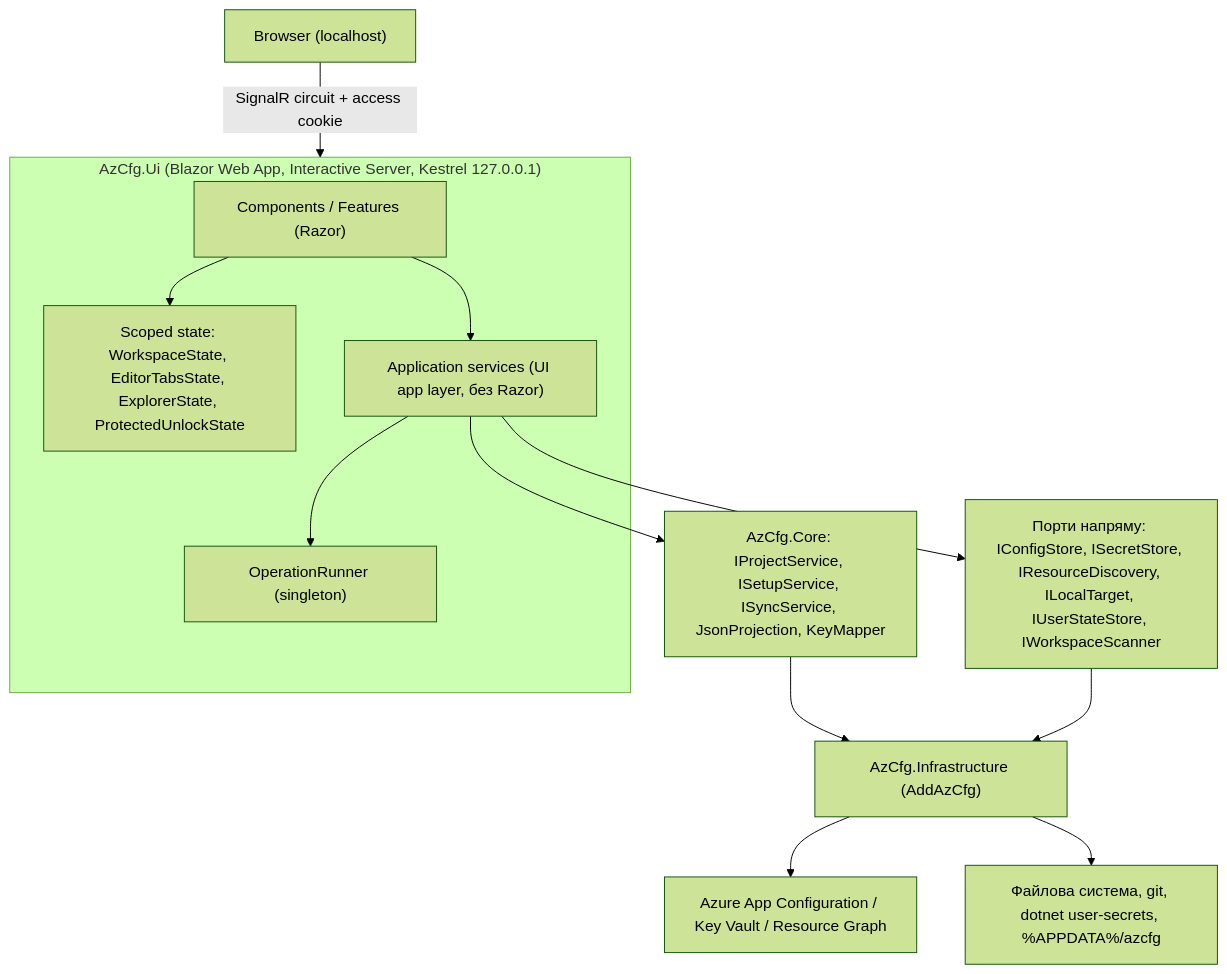
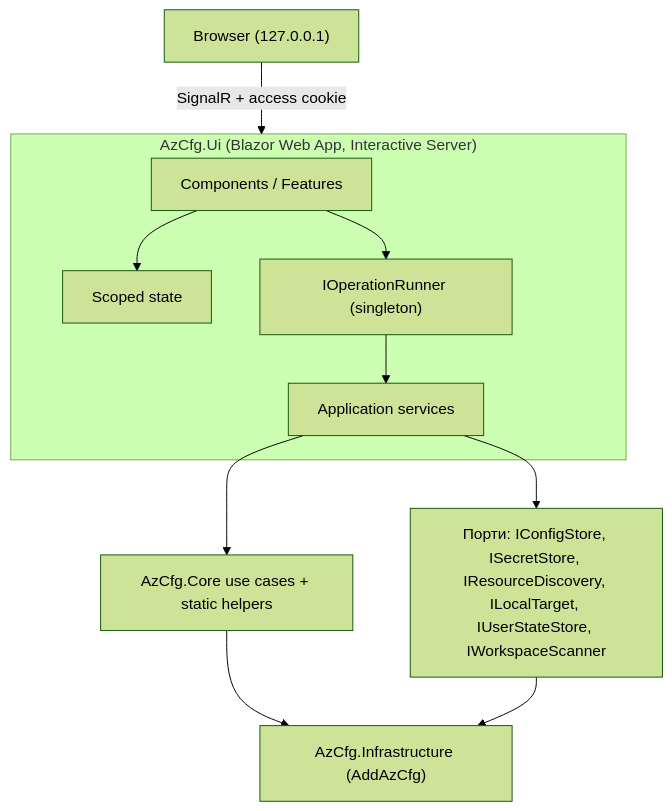
The first of 2 diagrams in docs/ui-mvp-plan.md (lordoleksiy/AzCfg), drawn with Mermaid (forest theme) before and after one commit. The commit also changed other lines of this file, not shown here.

````diff
--- a/docs/ui-mvp-plan.md
+++ b/docs/ui-mvp-plan.md
@@ -209,15 +275,13 @@
 ```mermaid
 graph TD
-  Browser["Browser (localhost)"] -- "SignalR circuit + access cookie" --> Host
-  subgraph Host["AzCfg.Ui (Blazor Web App, Interactive Server, Kestrel 127.0.0.1)"]
-    Components["Components / Features (Razor)"] --> State["Scoped state: WorkspaceState, EditorTabsState, ExplorerState, ProtectedUnlockState"]
-    Components --> App["Application services (UI app layer, без Razor)"]
-    App --> Ops["OperationRunner (singleton)"]
+  Browser["Browser (127.0.0.1)"] -- "SignalR + access cookie" --> Host
+  subgraph Host["AzCfg.Ui (Blazor Web App, Interactive Server)"]
+    Components["Components / Features"] --> State["Scoped state"]
+    Components --> Runner["IOperationRunner (singleton)"]
+    Runner --> App["Application services"]
   end
-  App --> Core["AzCfg.Core: IProjectService, ISetupService, ISyncService, JsonProjection, KeyMapper"]
-  App --> Ports["Порти напряму: IConfigStore, ISecretStore, IResourceDiscovery, ILocalTarget, IUserStateStore, IWorkspaceScanner"]
+  App --> Core["AzCfg.Core use cases + static helpers"]
+  App --> Ports["Порти: IConfigStore, ISecretStore, IResourceDiscovery, ILocalTarget, IUserStateStore, IWorkspaceScanner"]
   Core --> Infra["AzCfg.Infrastructure (AddAzCfg)"]
   Ports --> Infra
-  Infra --> Azure["Azure App Configuration / Key Vault / Resource Graph"]
-  Infra --> FS["Файлова система, git, dotnet user-secrets, %APPDATA%/azcfg"]
 ```
````
